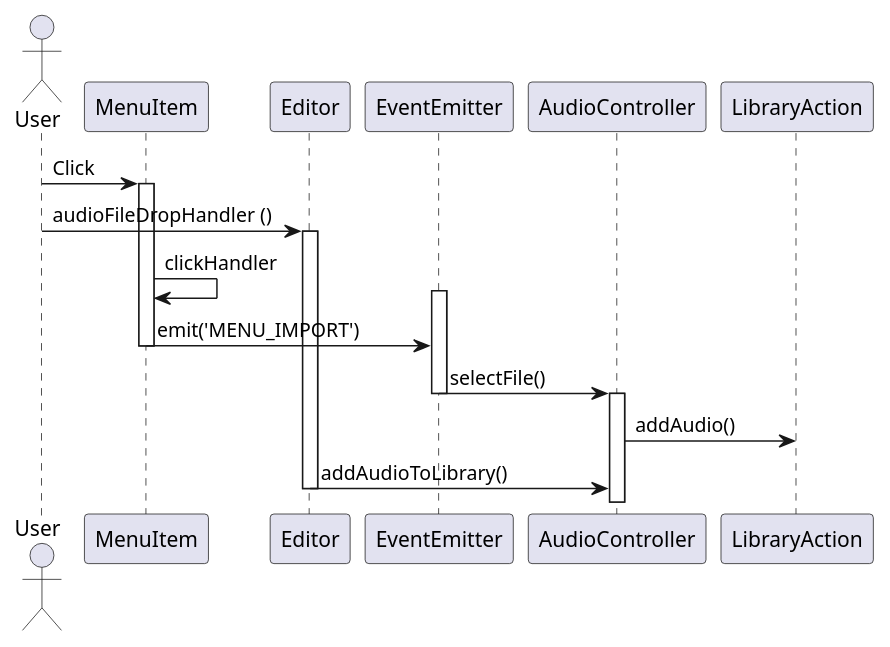
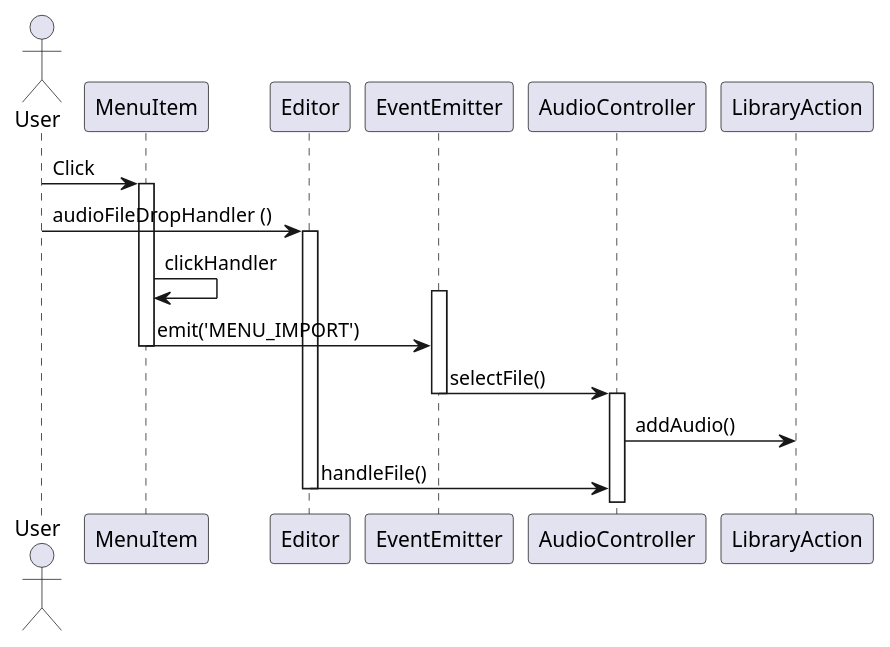
Before and after one commit to austudio-team/austudio-uml-graph: the diagram in sequence_diagram/importAudio.puml, drawn with PlantUML. The commit also changed 3 other files, not shown here.

Commit message:
feat: add deleteAudio sequence diagram

```diff
--- a/sequence_diagram/importAudio.puml
+++ b/sequence_diagram/importAudio.puml
@@ -1,18 +1,18 @@
 @startuml
 actor User
 
 User -> MenuItem: Click
 activate MenuItem
 User -> Editor: audioFileDropHandler ()
 activate Editor
 MenuItem -> MenuItem: clickHandler
 activate EventEmitter
 MenuItem -> EventEmitter: emit('MENU_IMPORT')
 deactivate MenuItem
 EventEmitter -> AudioController: selectFile()
 deactivate EventEmitter
 activate AudioController
 AudioController -> LibraryAction: addAudio()
-Editor -> AudioController: addAudioToLibrary()
+Editor -> AudioController: handleFile()
 deactivate Editor
 @enduml
```
